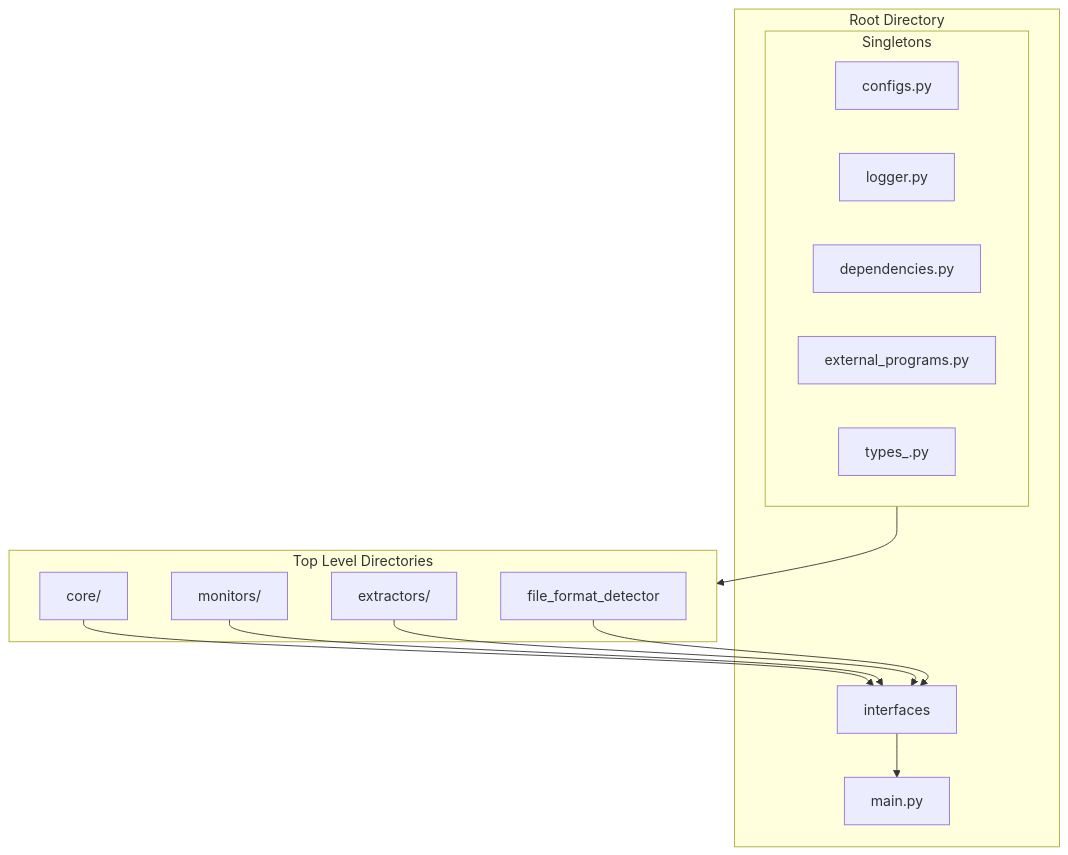
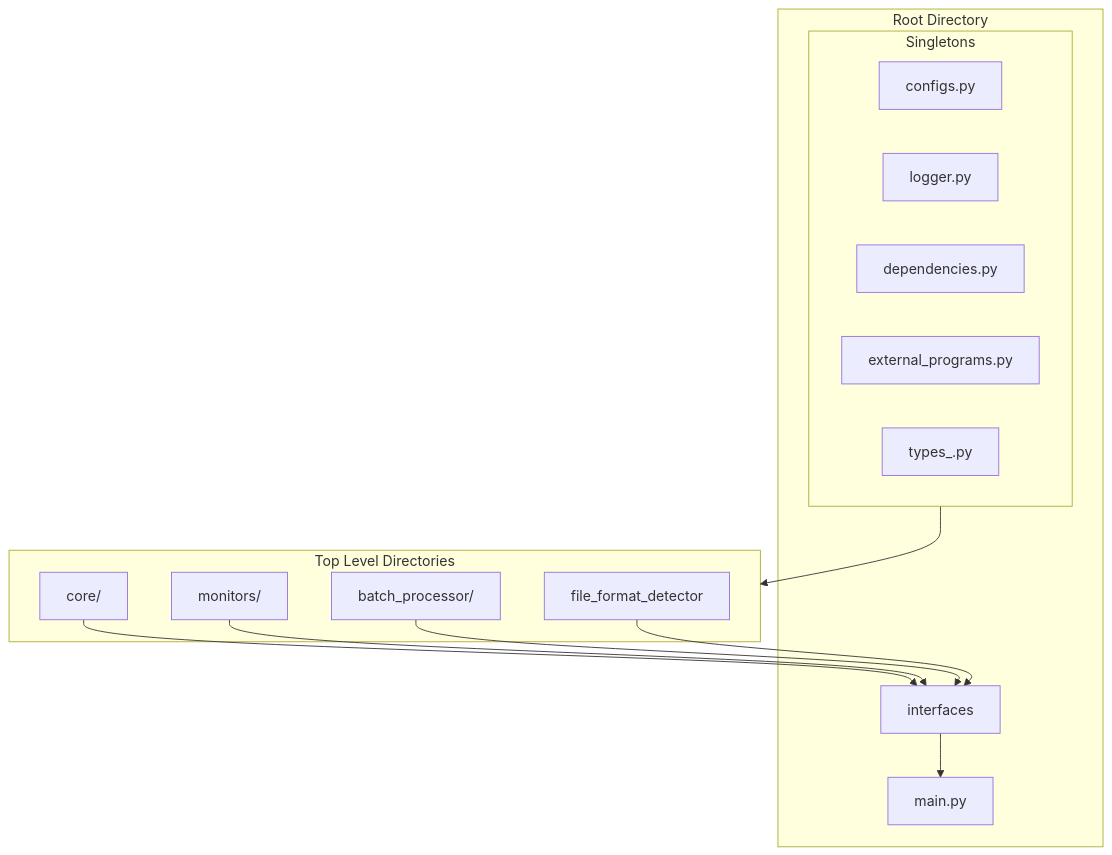
The first of 3 diagrams in REVISED_ARCHITECTURE.md (endomorphosis/omni_converter_mk2), drawn with Mermaid before and after one commit. The commit also changed 119 other files, not shown here.

````diff
--- a/REVISED_ARCHITECTURE.md
+++ b/REVISED_ARCHITECTURE.md
@@ -20,29 +20,29 @@
 ```mermaid
 graph TB
     %% Root level
     subgraph root["Root Directory"]
       main.py
       interfaces
       interfaces --> main.py
       subgraph singletons ["Singletons"]
         configs.py
         logger.py
         dependencies.py
         external_programs.py
         types_.py
       end
     end
 
     %% Top-level directories
     subgraph top_level_dir ["Top Level Directories"]
       core[core/]
       monitors[monitors/]
-      batch_processor[extractors/]
+      batch_processor[batch_processor/]
       core --> interfaces
       monitors --> interfaces
       batch_processor --> interfaces
       file_format_detector --> interfaces
     end
     singletons --> top_level_dir
 
 ```
````
